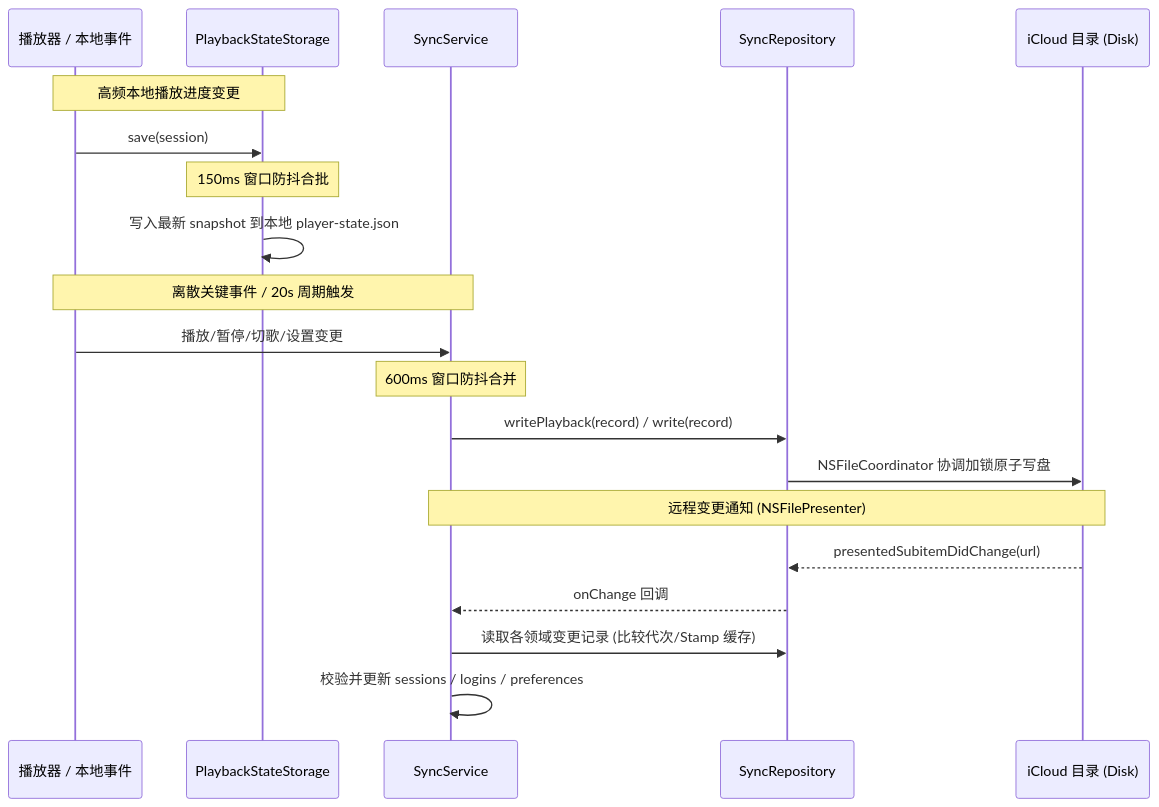
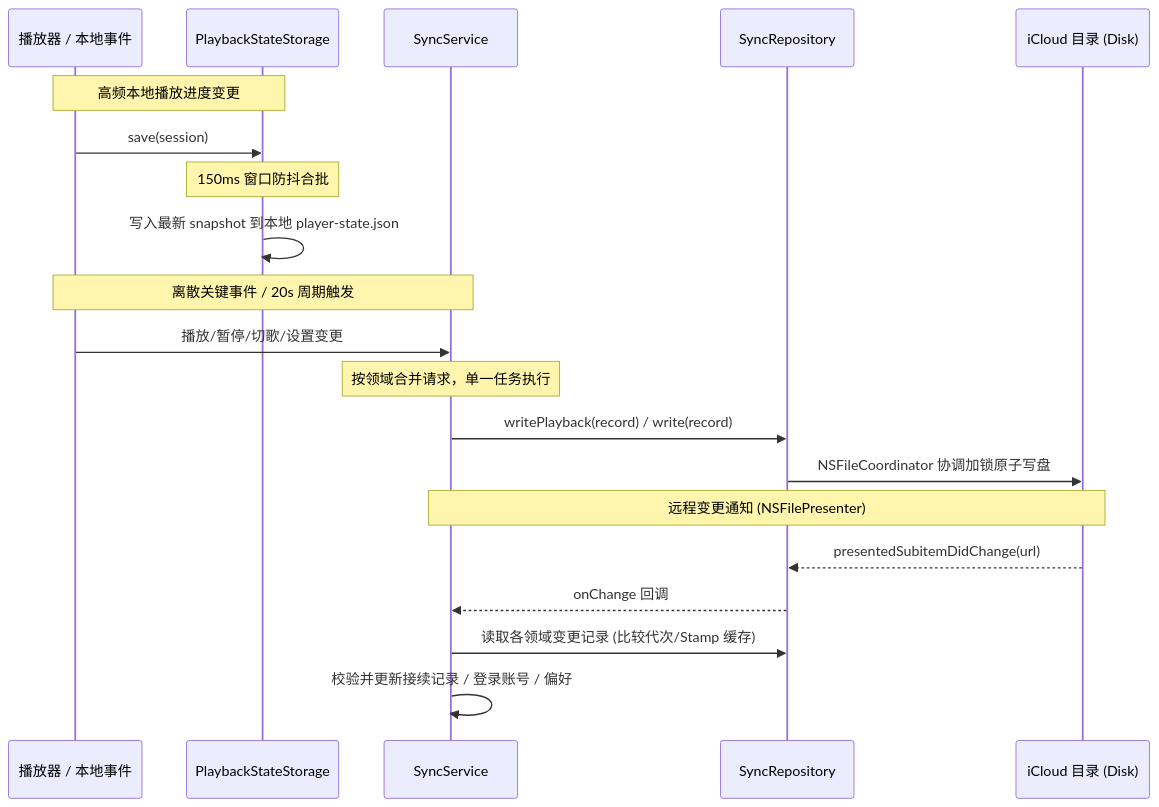
Before and after one commit to Aut-B/kumone: the second of 2 diagrams in docs/icloud-sync.md, drawn with Mermaid. The commit also changed other lines of this file and 6 other files, not shown here.

````diff
--- a/docs/icloud-sync.md
+++ b/docs/icloud-sync.md
@@ -172,25 +182,25 @@
 ```mermaid
 sequenceDiagram
     participant Player as 播放器 / 本地事件
     participant Storage as PlaybackStateStorage
     participant Service as SyncService
     participant Repo as SyncRepository
     participant Cloud as iCloud 目录 (Disk)
 
     Note over Player,Storage: 高频本地播放进度变更
     Player->>Storage: save(session)
     Note over Storage: 150ms 窗口防抖合批
     Storage->>Storage: 写入最新 snapshot 到本地 player-state.json
 
     Note over Player,Service: 离散关键事件 / 20s 周期触发
     Player->>Service: 播放/暂停/切歌/设置变更
-    Note over Service: 600ms 窗口防抖合并
+    Note over Service: 按领域合并请求，单一任务执行
     Service->>Repo: writePlayback(record) / write(record)
     Repo->>Cloud: NSFileCoordinator 协调加锁原子写盘
 
     Note over Cloud,Service: 远程变更通知 (NSFilePresenter)
     Cloud-->>Repo: presentedSubitemDidChange(url)
     Repo-->>Service: onChange 回调
     Service->>Repo: 读取各领域变更记录 (比较代次/Stamp 缓存)
-    Service->>Service: 校验并更新 sessions / logins / preferences
+    Service->>Service: 校验并更新接续记录 / 登录账号 / 偏好
 ```
````
